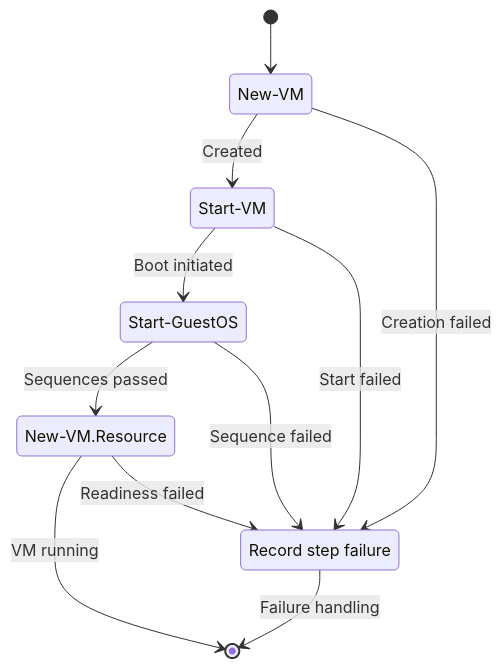
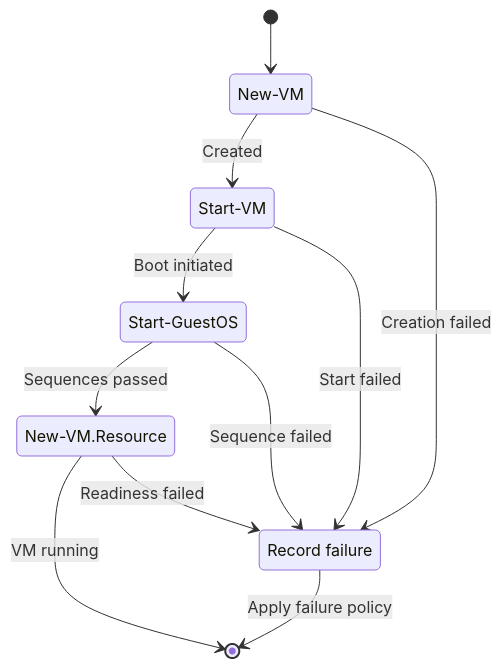
One commit to alissonsol/yuruna changed the second of 7 diagrams in docs/design/04-lifecycle-state.md. Above: the diagram before and after it, drawn with Mermaid. The commit also changed other lines of this file and 1371 other files, not shown here.

````diff
--- a/docs/design/04-lifecycle-state.md
+++ b/docs/design/04-lifecycle-state.md
@@ -42,18 +44,18 @@
 ```mermaid
 stateDiagram-v2
     state "New-VM" as new_vm
     state "Start-VM" as start_vm
     state "Start-GuestOS" as start_guest_os
     state "New-VM.Resource" as new_vm_resource
-    state "Record step failure" as complete_guest_step_failure
+    state "Record failure" as complete_guest_step_failure
     [*] --> new_vm
     new_vm --> start_vm: Created
     start_vm --> start_guest_os: Boot initiated
     start_guest_os --> new_vm_resource: Sequences passed
     new_vm_resource --> [*]: VM running
     new_vm --> complete_guest_step_failure: Creation failed
     start_vm --> complete_guest_step_failure: Start failed
     start_guest_os --> complete_guest_step_failure: Sequence failed
     new_vm_resource --> complete_guest_step_failure: Readiness failed
-    complete_guest_step_failure --> [*]: Failure handling
+    complete_guest_step_failure --> [*]: Apply failure policy
 ```
````
